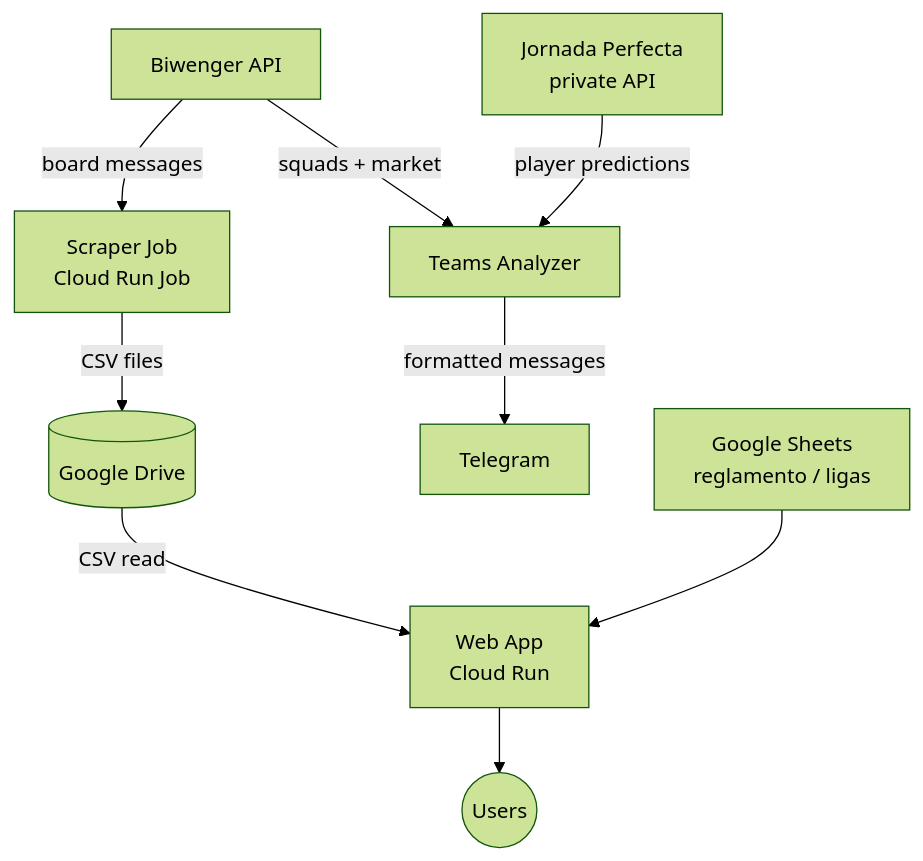
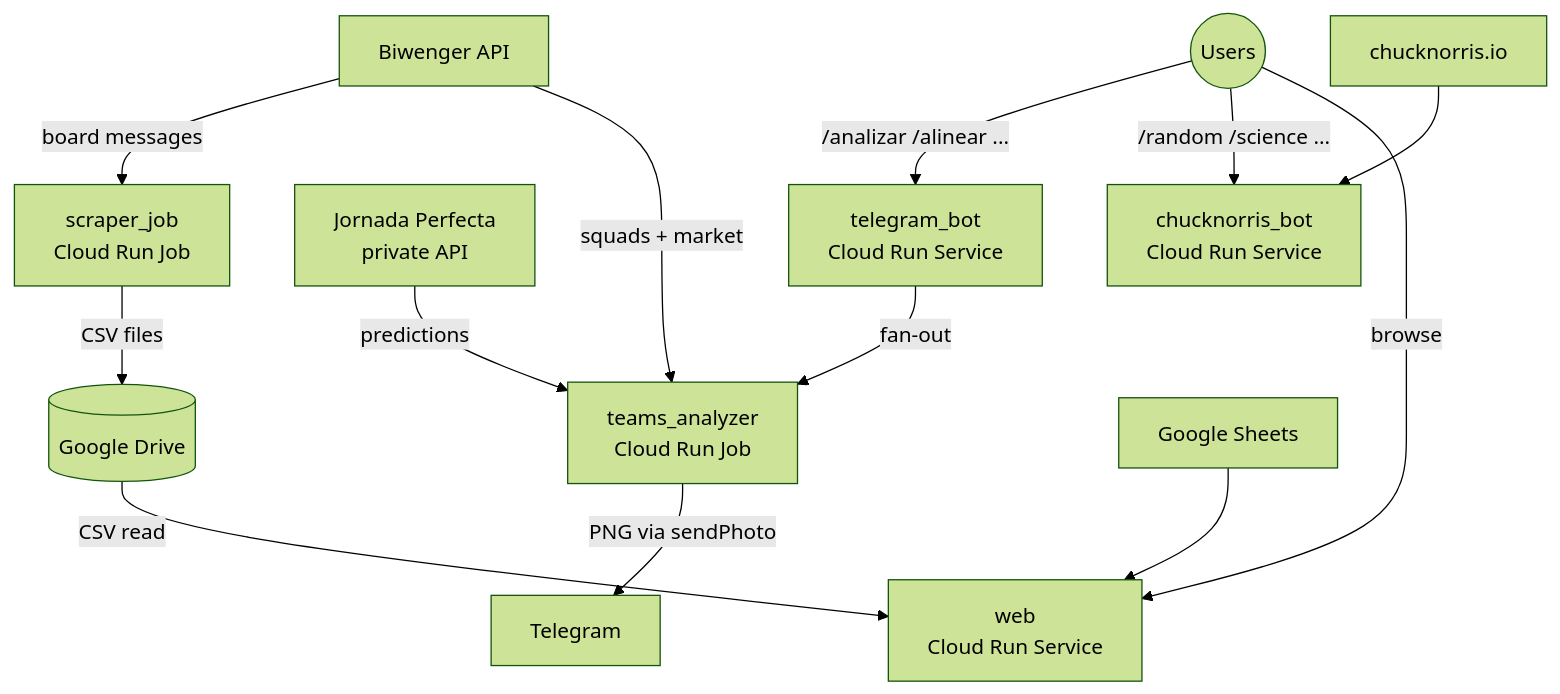
One commit to jorgelillo7/lillorepo changed the diagram in README.md. Above: the diagram before and after it, drawn with Mermaid (forest theme). The commit also changed other lines of this file and 7 other files, not shown here.

````diff
--- a/README.md
+++ b/README.md
@@ -7,11 +7,15 @@
 ```mermaid
 graph TD
-    API[Biwenger API] -->|board messages| SJ[Scraper Job\nCloud Run Job]
-    JP[Jornada Perfecta\nprivate API] -->|player predictions| TA[Teams Analyzer]
+    API[Biwenger API] -->|board messages| SJ[scraper_job<br/>Cloud Run Job]
+    JP[Jornada Perfecta<br/>private API] -->|predictions| TA[teams_analyzer<br/>Cloud Run Job]
     API -->|squads + market| TA
     SJ -->|CSV files| GD[(Google Drive)]
-    GD -->|CSV read| WEB[Web App\nCloud Run]
-    TA -->|formatted messages| TG[Telegram]
-    GS[Google Sheets\nreglamento / ligas] --> WEB
-    WEB --> USR((Users))
+    GD -->|CSV read| WEB[web<br/>Cloud Run Service]
+    TA -->|PNG via sendPhoto| TG[Telegram]
+    USR((Users)) -->|/analizar /alinear ...| TBOT[telegram_bot<br/>Cloud Run Service]
+    TBOT -->|fan-out| TA
+    USR -->|/random /science ...| CBOT[chucknorris_bot<br/>Cloud Run Service]
+    CN[chucknorris.io] --> CBOT
+    GS[Google Sheets] --> WEB
+    USR -->|browse| WEB
 ```
````
